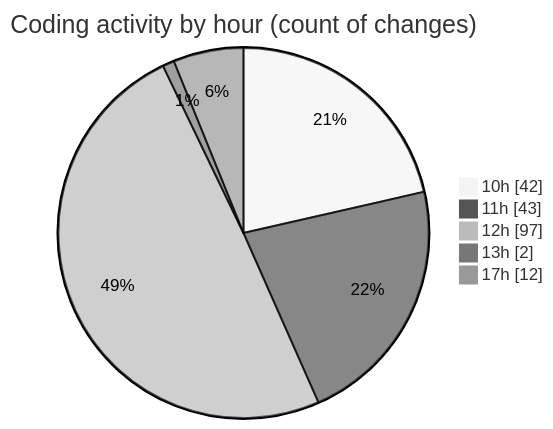
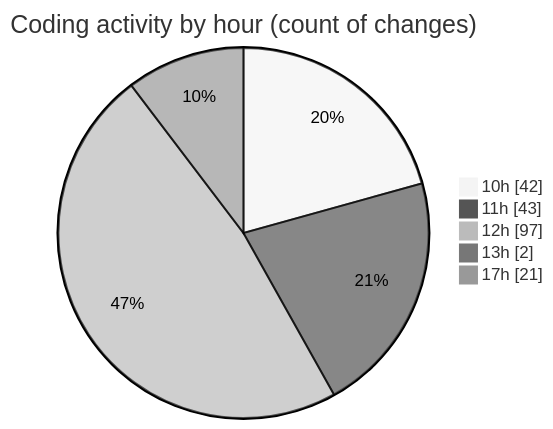
The second of 2 diagrams in 2025-05-15/ecodeli-1/README.md (CELIANVF/code-tracking), drawn with Mermaid (neutral theme) before and after one commit. The commit also changed other lines of this file and 1 other file, not shown here.

````diff
--- a/2025-05-15/ecodeli-1/README.md
+++ b/2025-05-15/ecodeli-1/README.md
@@ -74,9 +78,9 @@
 ```mermaid
 pie showData
 title Coding activity by hour (count of changes)
 "10h" : 42
 "11h" : 43
 "12h" : 97
 "13h" : 2
-"17h" : 12
+"17h" : 21
 ```
````
